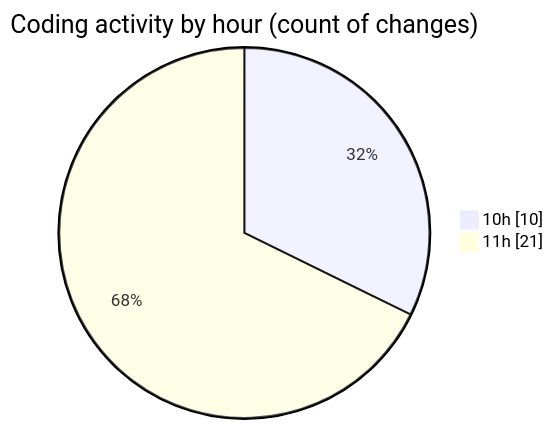
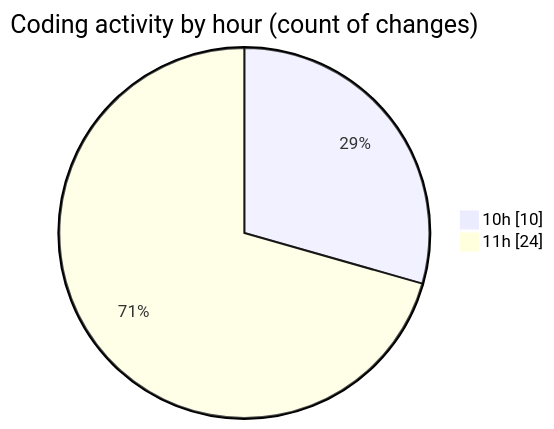
The second of 2 diagrams in 2026-05-21/pdf_invoice/README.md (momahboobian/code-tracking), drawn with Mermaid before and after one commit. The commit also changed other lines of this file and 1 other file, not shown here.

````diff
--- a/2026-05-21/pdf_invoice/README.md
+++ b/2026-05-21/pdf_invoice/README.md
@@ -35,6 +35,6 @@
 ```mermaid
 pie showData
 title Coding activity by hour (count of changes)
 "10h" : 10
-"11h" : 21
+"11h" : 24
 ```
````
